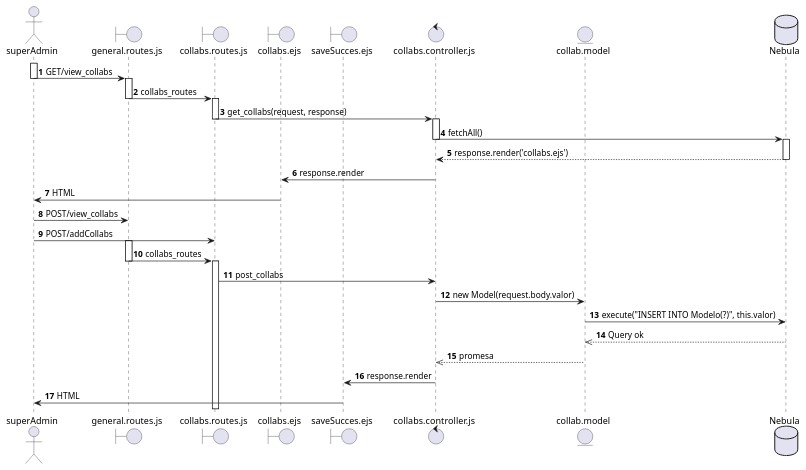
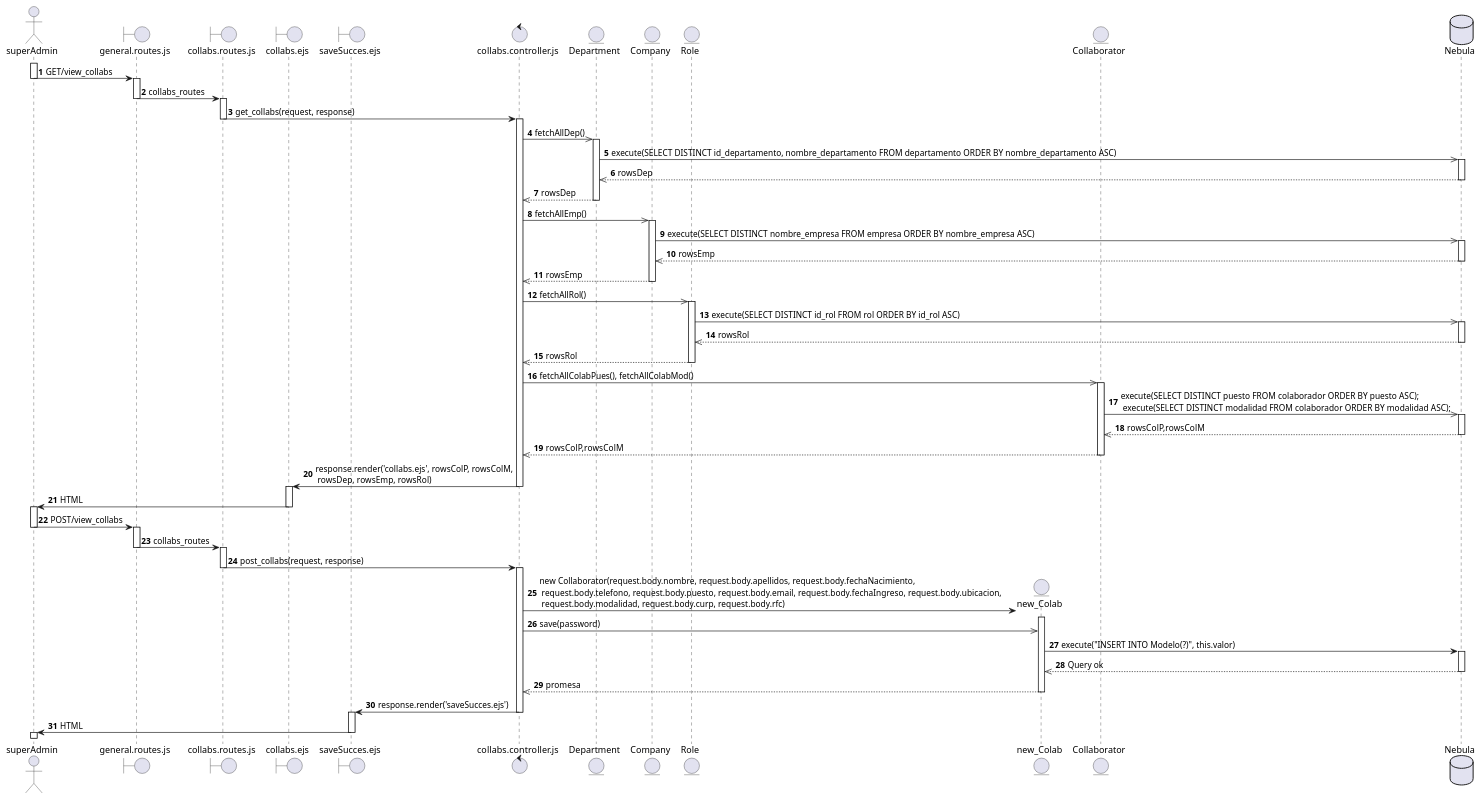
The diagram in diagramas_secuencia/superadmin_registers_collabs.puml (SALV19/Nebula_tc2005b), drawn with PlantUML before and after one commit.

Commit message:
[UPDATE] sequence diagram

```diff
--- a/diagramas_secuencia/superadmin_registers_collabs.puml
+++ b/diagramas_secuencia/superadmin_registers_collabs.puml
@@ -1,70 +1,115 @@
 @startuml REQ-29
 autonumber
 actor superAdmin
 boundary general.routes.js as generalRoute
 boundary collabs.routes.js as collabsRoute
 
 boundary collabs.ejs as CollabsView
 boundary saveSucces.ejs as saveSucces
 control collabs.controller.js as collabsController
-entity collab.model as collabModel
-database Nebula as nebula
 
 activate superAdmin
 superAdmin -> generalRoute : GET/view_collabs
 deactivate superAdmin
 activate generalRoute
 
 generalRoute -> collabsRoute: collabs_routes
 deactivate generalRoute
 activate collabsRoute
 
 collabsRoute -> collabsController: get_collabs(request, response)
 deactivate collabsRoute
 activate collabsController
 
-collabsController -> nebula: fetchAll()
-deactivate collabsController
+database Nebula as nebula
+entity Collaborator as collabModel
+entity Department as depModel
+entity Company as companyModel
+entity Role as roleModel
+
+collabsController ->> depModel: fetchAllDep()
+activate depModel
+depModel ->> nebula: execute(SELECT DISTINCT id_departamento, nombre_departamento FROM departamento ORDER BY nombre_departamento ASC)
+activate nebula
+nebula -->> depModel: rowsDep
+deactivate nebula
+depModel -->> collabsController: rowsDep
+deactivate depModel
+
+collabsController ->> companyModel: fetchAllEmp()
+activate companyModel
+companyModel ->> nebula: execute(SELECT DISTINCT nombre_empresa FROM empresa ORDER BY nombre_empresa ASC)
+activate nebula
+nebula -->> companyModel: rowsEmp
+deactivate nebula
+companyModel -->> collabsController: rowsEmp
+deactivate companyModel
+
+collabsController ->> roleModel: fetchAllRol()
+activate roleModel
+roleModel ->> nebula: execute(SELECT DISTINCT id_rol FROM rol ORDER BY id_rol ASC)
+activate nebula
+nebula -->> roleModel: rowsRol
+deactivate nebula
+roleModel -->> collabsController: rowsRol
+deactivate roleModel
+
+collabsController ->> collabModel: fetchAllColabPues(), fetchAllColabMod()
+activate collabModel
+collabModel ->> nebula: execute(SELECT DISTINCT puesto FROM colaborador ORDER BY puesto ASC); \n execute(SELECT DISTINCT modalidad FROM colaborador ORDER BY modalidad ASC); 
 activate nebula
 
-nebula --> collabsController: response.render('collabs.ejs')
+nebula -->> collabModel: rowsColP,rowsColM
 deactivate nebula
 
-collabsController -> CollabsView: response.render
+collabModel -->> collabsController: rowsColP,rowsColM
+deactivate collabModel
+
+collabsController -> CollabsView: response.render('collabs.ejs', rowsColP, rowsColM, \n rowsDep, rowsEmp, rowsRol)
+deactivate collabsController
+activate CollabsView
 
 CollabsView -> superAdmin: HTML
+deactivate CollabsView
+activate superAdmin
 
 superAdmin -> generalRoute : POST/view_collabs
-
-superAdmin -> collabsRoute: POST/addCollabs
 deactivate superAdmin
 activate generalRoute
 
 generalRoute -> collabsRoute: collabs_routes
 deactivate generalRoute
 activate collabsRoute
 
-collabsRoute -> collabsController: post_collabs
+collabsRoute -> collabsController: post_collabs(request, response)
+deactivate collabsRoute
+activate collabsController
 
-collabsController -> collabModel: new Model(request.body.valor)
-' activate collabModel
+create entity new_Colab as collabM
+entity Collaborator as collabModel
 
-collabModel -> nebula: execute("INSERT INTO Modelo(?)", this.valor)
-' activate nebula
+collabsController -> collabM: new Collaborator(request.body.nombre, request.body.apellidos, request.body.fechaNacimiento,  \n request.body.telefono, request.body.puesto, request.body.email, request.body.fechaIngreso, request.body.ubicacion,  \n request.body.modalidad, request.body.curp, request.body.rfc)
+activate collabM
 
-nebula -->> collabModel: Query ok
-' deactivate nebula
+collabsController ->> collabM: save(password)
+database Nebula as nebula
 
-collabModel -->> collabsController: promesa
-' deactivate collabModel
+collabM -> nebula: execute("INSERT INTO Modelo(?)", this.valor)
+activate nebula
 
-collabsController -> saveSucces: response.render
-' deactivate collabsController
-' activate saveSucces
+nebula -->> collabM: Query ok
+deactivate nebula
+
+collabM -->> collabsController: promesa
+deactivate collabM
+
+collabsController -> saveSucces: response.render('saveSucces.ejs')
+deactivate collabsController
+activate saveSucces
+
 
 saveSucces -> superAdmin: HTML
-' deactivate saveSucces
-' activate superAdmin
-' deactivate superAdmin
+deactivate saveSucces
+activate superAdmin
 
 @enduml
```
